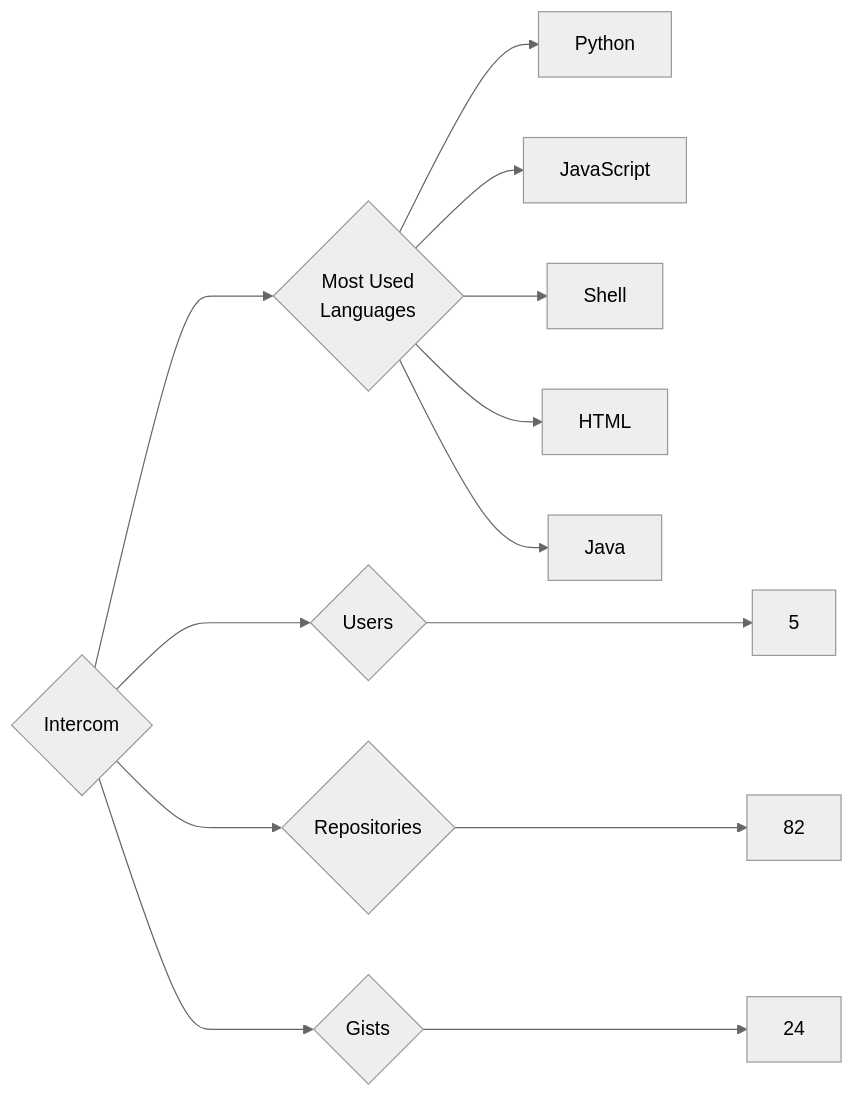
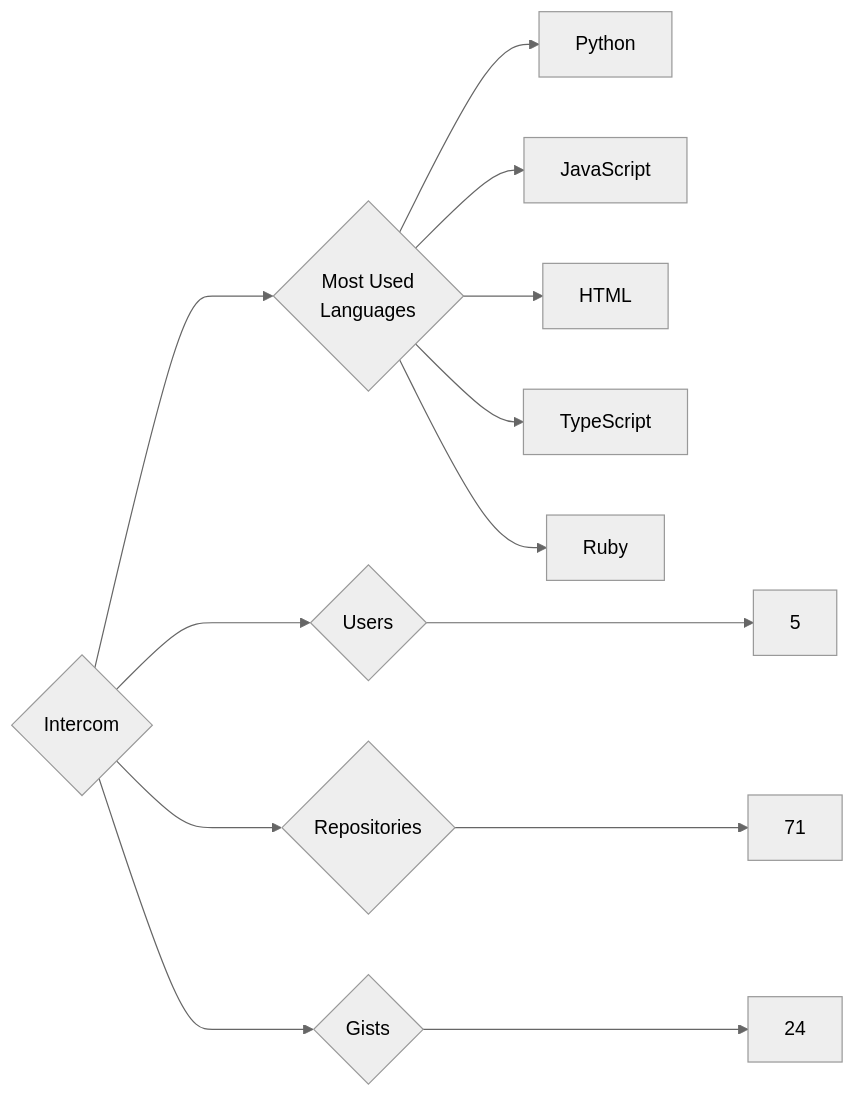
One commit to trickest/insiders changed the diagram in targets/Intercom/README.md. Above: the diagram before and after it, drawn with Mermaid (neutral theme). The commit also changed 938 other files, not shown here.

````diff
--- a/targets/Intercom/README.md
+++ b/targets/Intercom/README.md
@@ -3,13 +3,13 @@
 ```mermaid
 graph LR
 COMPANY_NAME{Intercom}
 COMPANY_NAME ---> U{Users} ---> UN[5]
-COMPANY_NAME ---> R{Repositories} ---> RN[82]
+COMPANY_NAME ---> R{Repositories} ---> RN[71]
 COMPANY_NAME ---> G{Gists} ---> GN[24]
 COMPANY_NAME ---> ML{Most Used<br>Languages}
 ML --> Python[Python]
 ML --> JavaScript[JavaScript]
-ML --> Shell[Shell]
 ML --> HTML[HTML]
-ML --> Java[Java]
+ML --> TypeScript[TypeScript]
+ML --> Ruby[Ruby]
 ```
````
